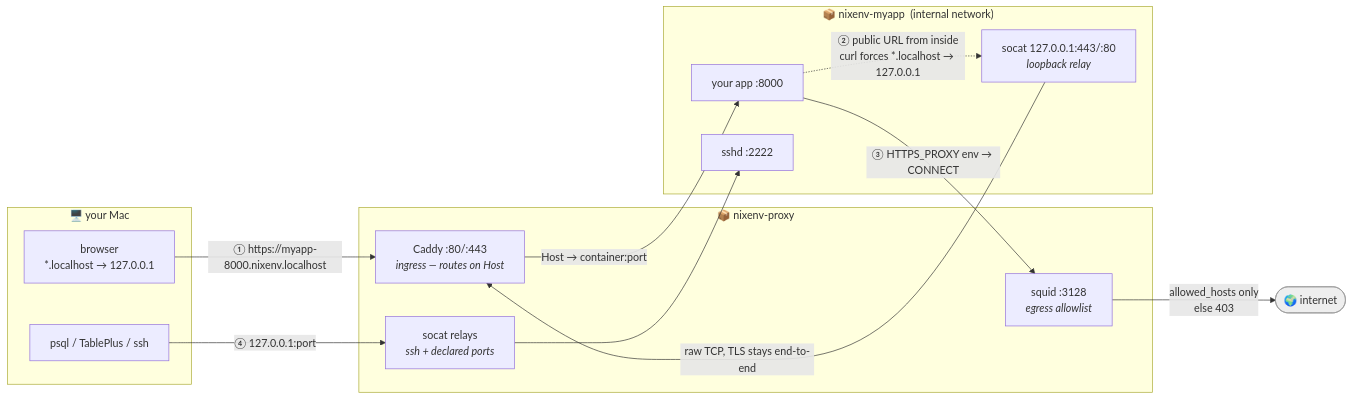
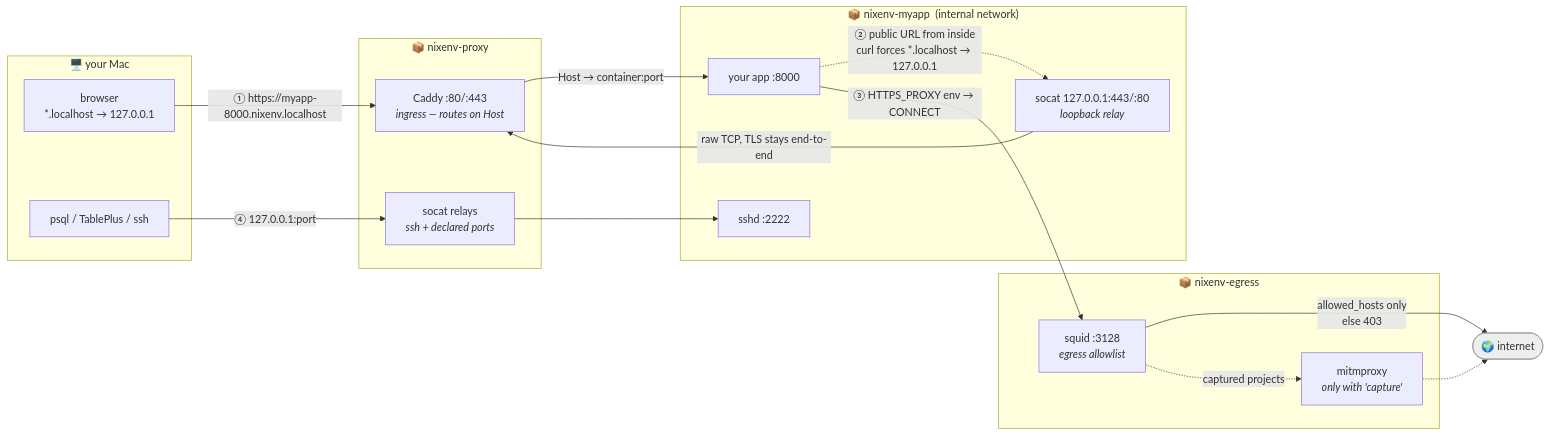
Before and after one commit to rande/nixenv: the diagram in README.md, drawn with Mermaid. The commit also changed other lines of this file and 12 other files, not shown here.

Commit message:
feat(mitm): add capture feature

````diff
--- a/README.md
+++ b/README.md
@@ -346,32 +350,38 @@
 ```mermaid
 flowchart LR
     subgraph HOST["🖥️  your Mac"]
         BROWSER["browser<br/>*.localhost → 127.0.0.1"]
         CLIENT["psql / TablePlus / ssh"]
     end
 
     subgraph PROXYC["📦 nixenv-proxy"]
         CADDY["Caddy :80/:443<br/><i>ingress — routes on Host</i>"]
+        RELAYS["socat relays<br/><i>ssh + declared ports</i>"]
+    end
+
+    subgraph EGRESSC["📦 nixenv-egress"]
         SQUID["squid :3128<br/><i>egress allowlist</i>"]
-        RELAYS["socat relays<br/><i>ssh + declared ports</i>"]
+        MITM["mitmproxy<br/><i>only with 'capture'</i>"]
     end
 
     subgraph PROJ["📦 nixenv-myapp &nbsp;(internal network)"]
         LOOP["socat 127.0.0.1:443/:80<br/><i>loopback relay</i>"]
         APP["your app :8000"]
         SSHD["sshd :2222"]
     end
 
     NET(["🌍 internet"])
 
     BROWSER -- "① https://myapp-8000.nixenv.localhost" --> CADDY
     CADDY -- "Host → container:port" --> APP
     APP -. "② public URL from inside<br/>curl forces *.localhost → 127.0.0.1" .-> LOOP
     LOOP -- "raw TCP, TLS stays end-to-end" --> CADDY
     APP -- "③ HTTPS_PROXY env → CONNECT" --> SQUID
     SQUID -- "allowed_hosts only<br/>else 403" --> NET
+    SQUID -. "captured projects" .-> MITM
+    MITM -.-> NET
     CLIENT -- "④ 127.0.0.1:port" --> RELAYS
     RELAYS --> SSHD
 
     style NET fill:#eee,stroke:#999
 ```
````
